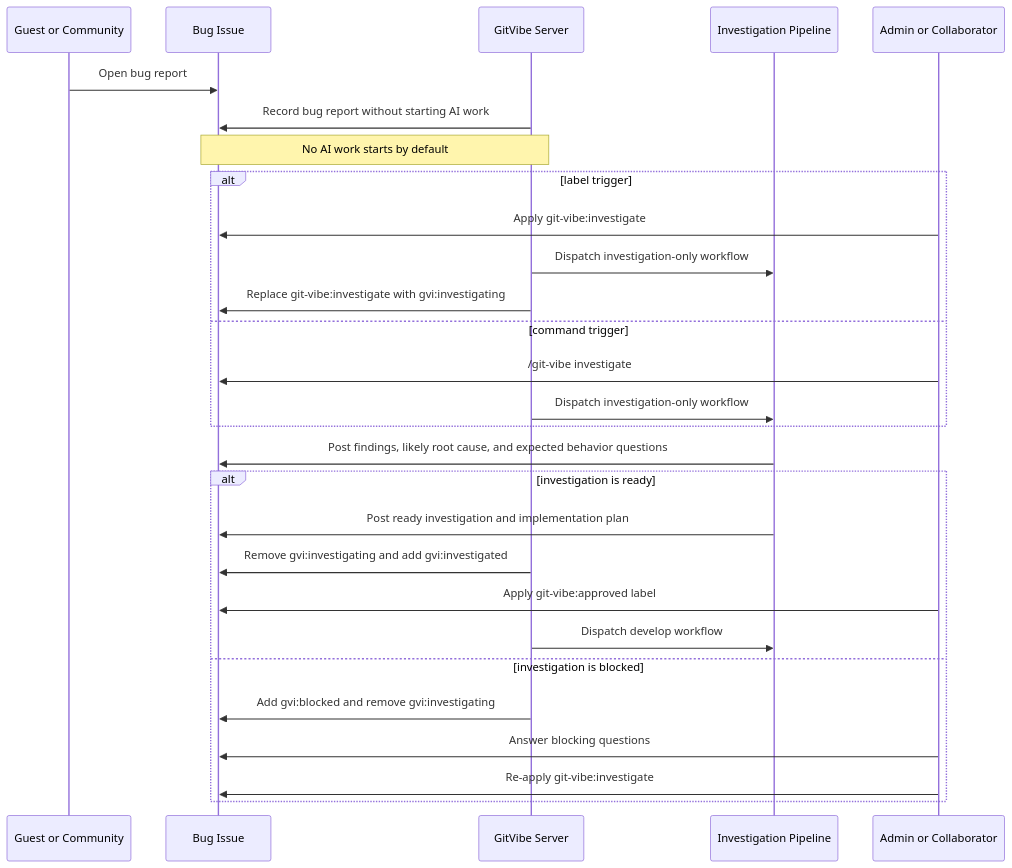
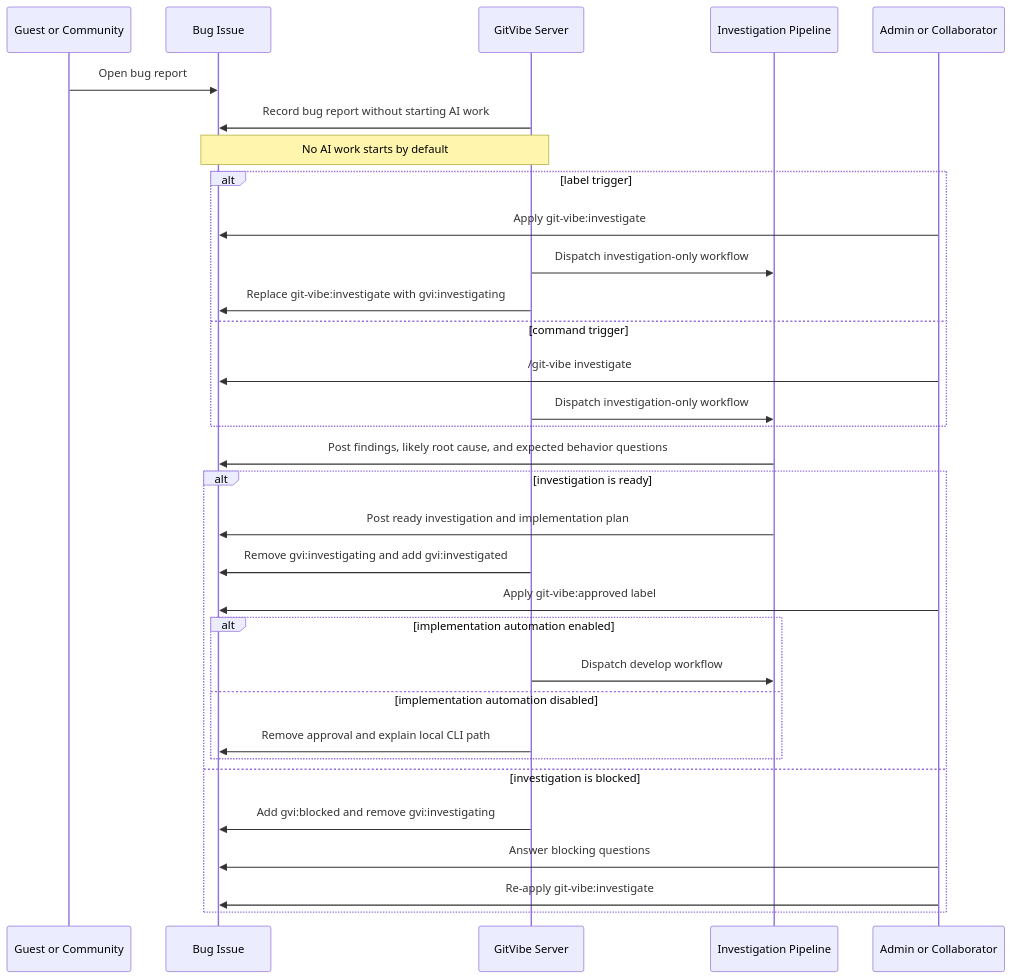
One commit to markhuangai/git-vibe changed the fourth of 7 diagrams in docs/WORKFLOW.md. Above: the diagram before and after it, drawn with Mermaid. The commit also changed other lines of this file and 40 other files, not shown here.

````diff
--- a/docs/WORKFLOW.md
+++ b/docs/WORKFLOW.md
@@ -284,33 +300,37 @@
 ```mermaid
 sequenceDiagram
   participant Guest as Guest or Community
   participant Issue as Bug Issue
   participant App as GitVibe Server
   participant AI as Investigation Pipeline
   participant Maint as Admin or Collaborator
 
   Guest->>Issue: Open bug report
   App->>Issue: Record bug report without starting AI work
   Note over App,Issue: No AI work starts by default
 
   alt label trigger
     Maint->>Issue: Apply git-vibe:investigate
     App->>AI: Dispatch investigation-only workflow
     App->>Issue: Replace git-vibe:investigate with gvi:investigating
   else command trigger
     Maint->>Issue: /git-vibe investigate
     App->>AI: Dispatch investigation-only workflow
   end
   AI->>Issue: Post findings, likely root cause, and expected behavior questions
 
   alt investigation is ready
     AI->>Issue: Post ready investigation and implementation plan
     App->>Issue: Remove gvi:investigating and add gvi:investigated
     Maint->>Issue: Apply git-vibe:approved label
-    App->>AI: Dispatch develop workflow
+    alt implementation automation enabled
+      App->>AI: Dispatch develop workflow
+    else implementation automation disabled
+      App->>Issue: Remove approval and explain local CLI path
+    end
   else investigation is blocked
     App->>Issue: Add gvi:blocked and remove gvi:investigating
     Maint->>Issue: Answer blocking questions
     Maint->>Issue: Re-apply git-vibe:investigate
   end
 ```
````
